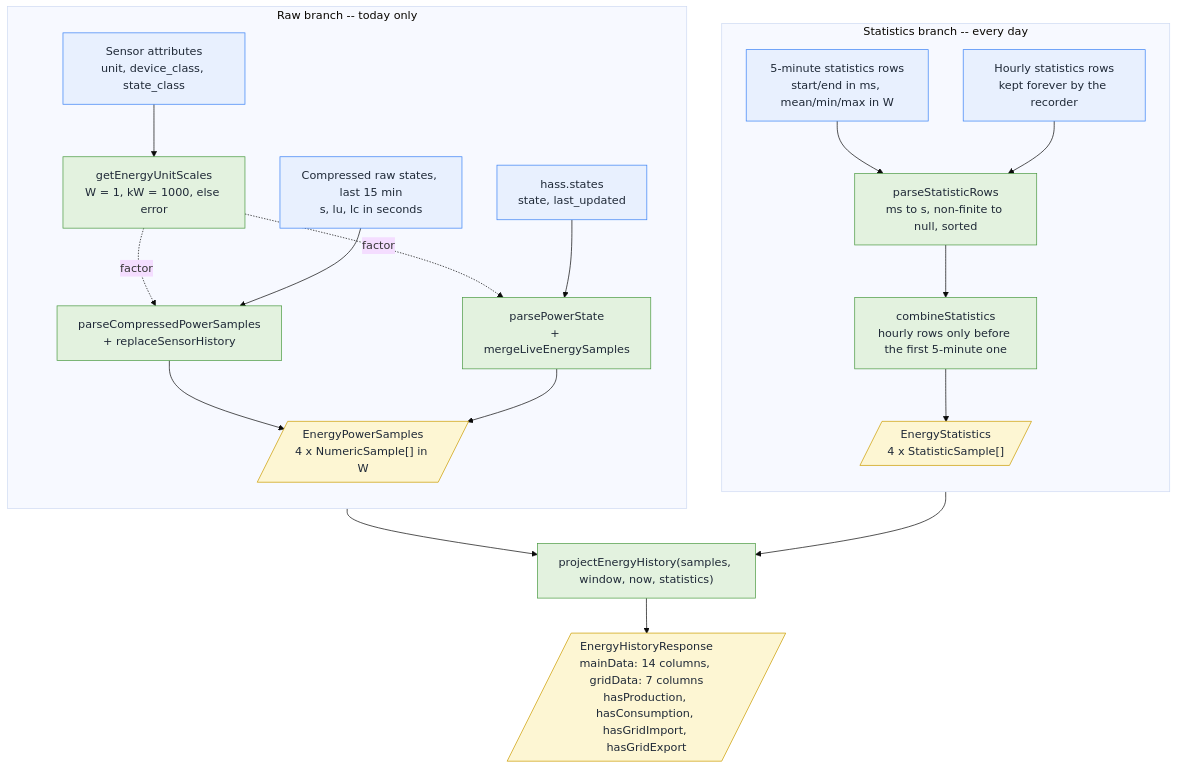
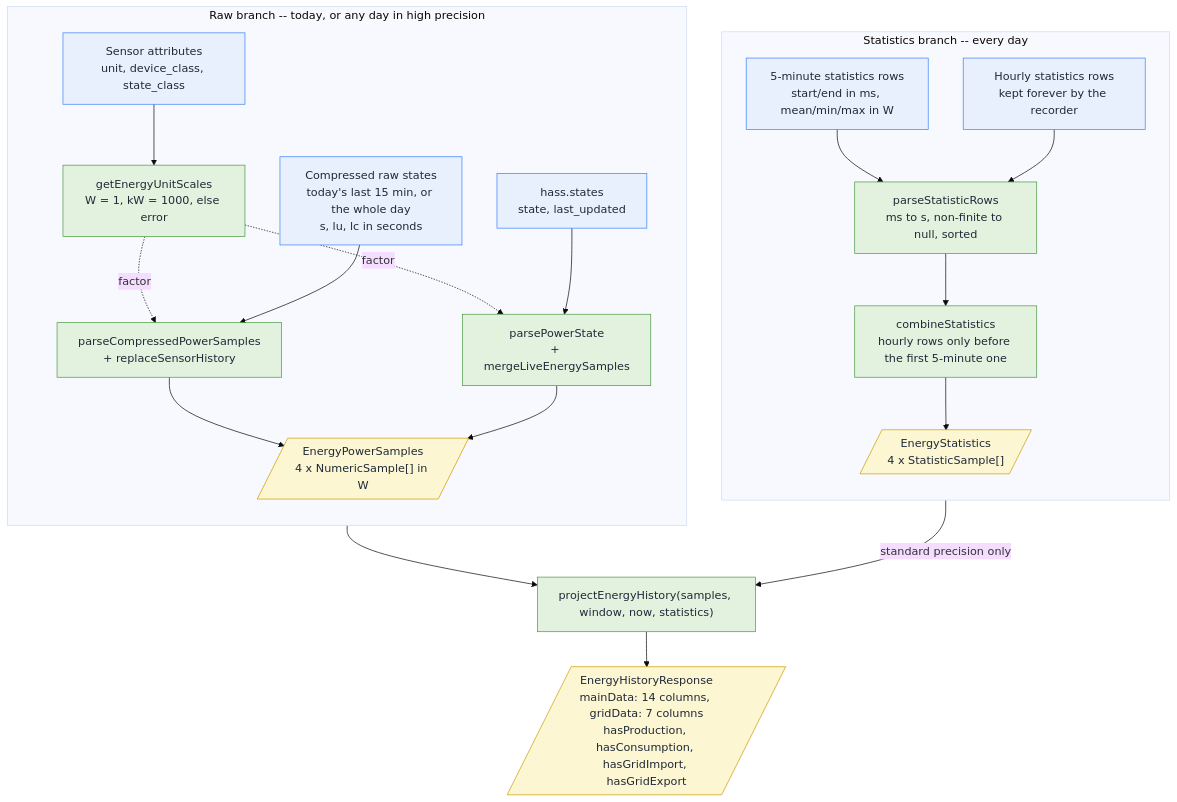
One commit to XavierBerger/Solar-Energy-Graphs-Card changed the diagram in docs/diagrams/data-pipeline.mmd. Above: the diagram before and after it, drawn with Mermaid (base theme). The commit also changed 8 other files, not shown here.

Commit message:
docs: update the architecture guide to the current card

```diff
--- a/docs/diagrams/data-pipeline.mmd
+++ b/docs/diagrams/data-pipeline.mmd
@@ -1,41 +1,41 @@
 flowchart TB
   subgraph STATS["Statistics branch -- every day"]
     direction TB
     s5["5-minute statistics rows<br/>start/end in ms, mean/min/max in W"]
     sh["Hourly statistics rows<br/>kept forever by the recorder"]
     psr["parseStatisticRows<br/>ms to s, non-finite to null, sorted"]
     comb["combineStatistics<br/>hourly rows only before the first 5-minute one"]
     stats[/"EnergyStatistics<br/>4 x StatisticSample[]"/]
     s5 --> psr
     sh --> psr
     psr --> comb --> stats
   end
 
-  subgraph RAW["Raw branch -- today only"]
+  subgraph RAW["Raw branch -- today, or any day in high precision"]
     direction TB
     attrs["Sensor attributes<br/>unit, device_class, state_class"]
     scales["getEnergyUnitScales<br/>W = 1, kW = 1000, else error"]
-    raw["Compressed raw states, last 15 min<br/>s, lu, lc in seconds"]
+    raw["Compressed raw states<br/>today's last 15 min, or the whole day<br/>s, lu, lc in seconds"]
     live["hass.states<br/>state, last_updated"]
     pcps["parseCompressedPowerSamples<br/>+ replaceSensorHistory"]
     pps["parsePowerState<br/>+ mergeLiveEnergySamples"]
     samples[/"EnergyPowerSamples<br/>4 x NumericSample[] in W"/]
     attrs --> scales
     scales -. "factor" .-> pcps
     scales -. "factor" .-> pps
     raw --> pcps --> samples
     live --> pps --> samples
   end
 
   proj["projectEnergyHistory(samples, window, now, statistics)"]
   out[/"EnergyHistoryResponse<br/>mainData: 14 columns, gridData: 7 columns<br/>hasProduction, hasConsumption, hasGridImport, hasGridExport"/]
-  stats --> proj
+  stats -- "standard precision only" --> proj
   samples --> proj
   proj --> out
 
   classDef input fill:#e8f0fe,stroke:#3b82f6,color:#1f2937
   classDef fn fill:#e3f2df,stroke:#4b9a42,color:#1f2937
   classDef data fill:#fdf6d3,stroke:#cc9d00,color:#1f2937
   class s5,sh,attrs,raw,live input
   class psr,comb,scales,pcps,pps,proj fn
   class stats,samples,out data
```
